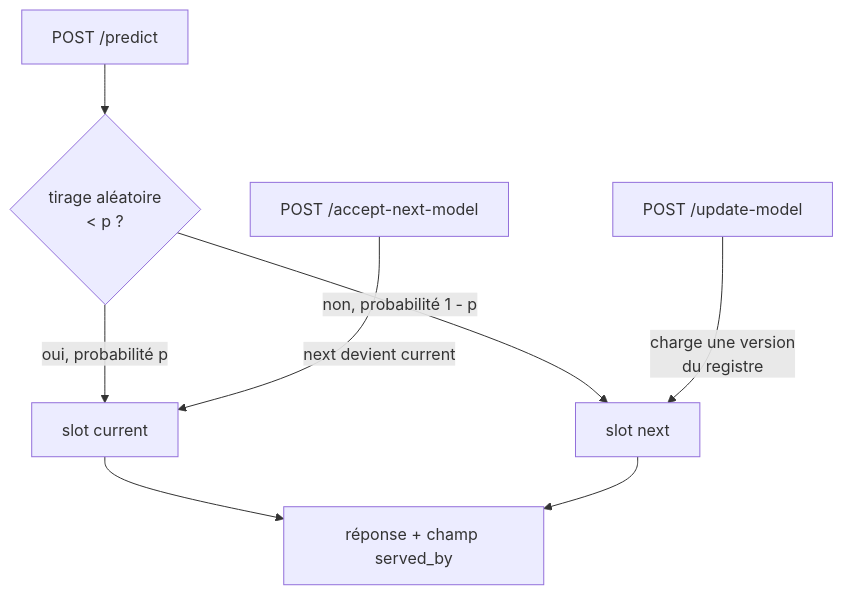
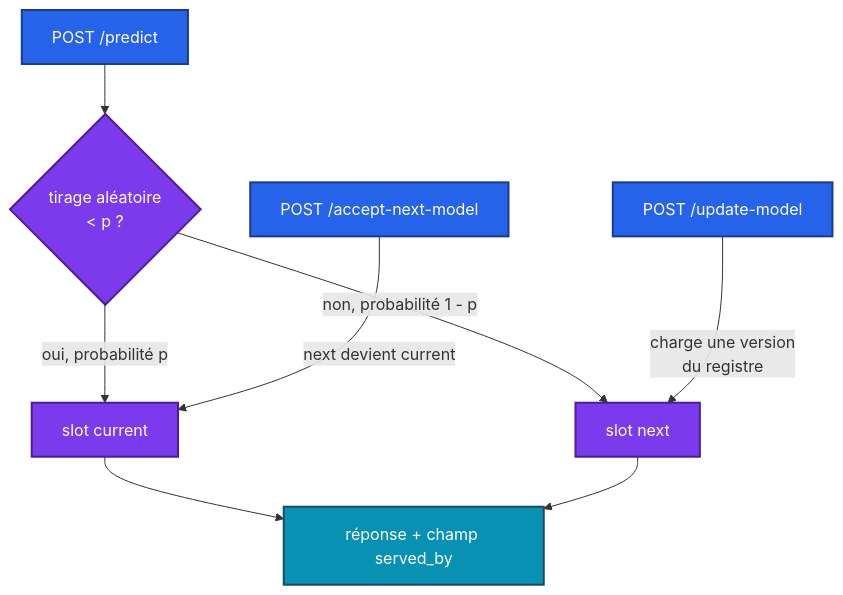
The second of 2 diagrams in README.md (Adam-Blf/mlops-mlflow-canary), drawn with Mermaid before and after one commit. The commit also changed other lines of this file, not shown here.

First line of the commit message:
docs: add colors to mermaid diagrams (#1)

````diff
--- a/README.md
+++ b/README.md
@@ -40,11 +50,18 @@
 ```mermaid
 flowchart TD
     req["POST /predict"] --> tirage{"tirage aléatoire<br/>< p ?"}
     tirage -->|oui, probabilité p| cur["slot current"]
     tirage -->|non, probabilité 1 - p| nxt["slot next"]
     cur --> rep["réponse + champ served_by"]
     nxt --> rep
 
     upd["POST /update-model"] -->|charge une version<br/>du registre| nxt
     acc["POST /accept-next-model"] -->|next devient current| cur
+
+    classDef c0 fill:#2563eb,stroke:#1e3a8a,stroke-width:2px,color:#ffffff
+    classDef c1 fill:#7c3aed,stroke:#4c1d95,stroke-width:2px,color:#ffffff
+    classDef c2 fill:#0891b2,stroke:#164e63,stroke-width:2px,color:#ffffff
+    class req,upd,acc c0
+    class tirage,cur,nxt c1
+    class rep c2
 ```
````
